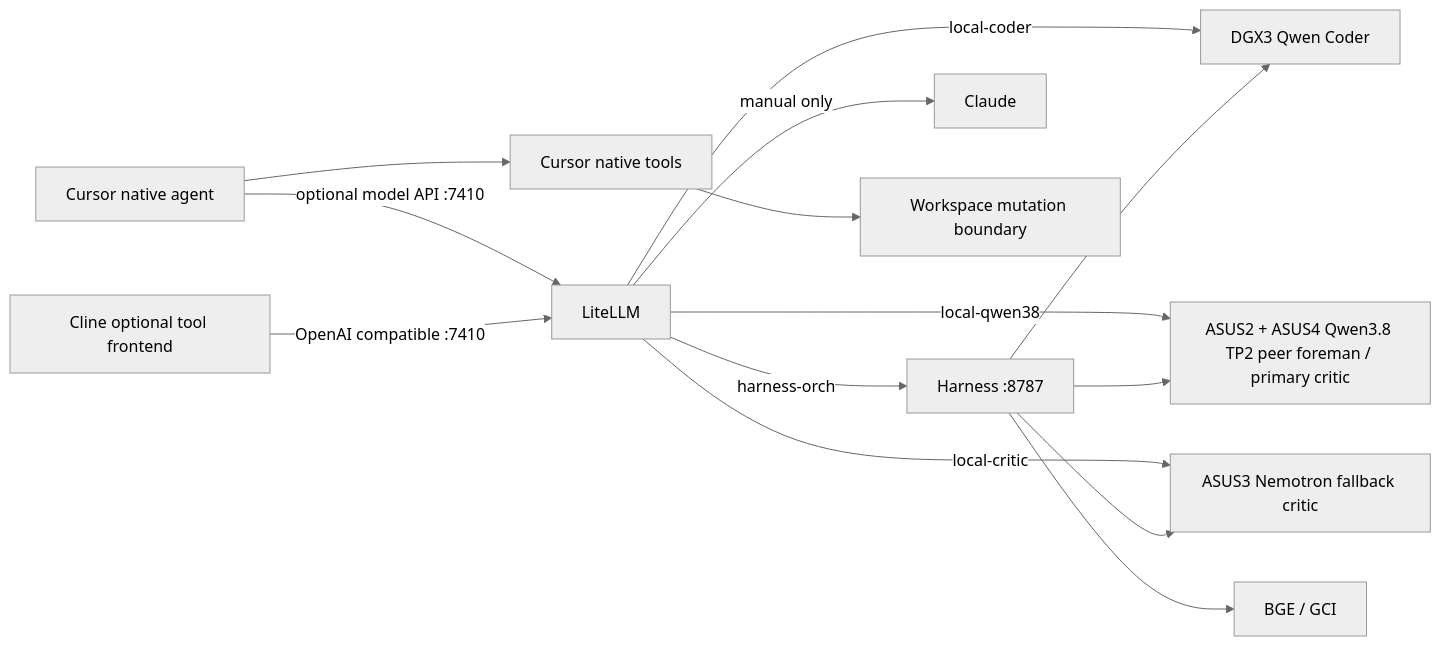
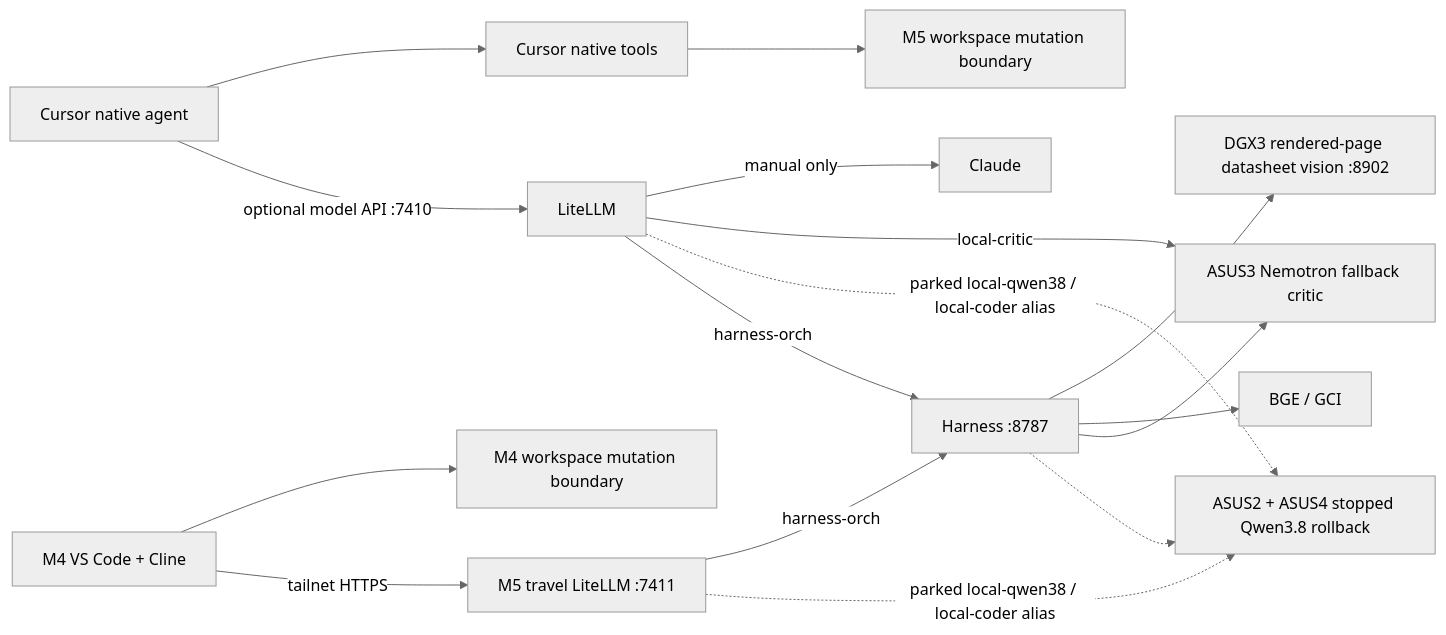
One commit to beargallbladder/outcitedharness changed the diagram in ARCHITECTURE.md. Above: the diagram before and after it, drawn with Mermaid (neutral theme). The commit also changed other lines of this file and 381 other files, not shown here.

````diff
--- a/ARCHITECTURE.md
+++ b/ARCHITECTURE.md
@@ -5,16 +5,18 @@
 ```mermaid
 flowchart LR
   Cursor["Cursor native agent"] -->|optional model API :7410| LiteLLM
   Cursor --> Native["Cursor native tools"]
-  Cline["Cline optional tool frontend"] -->|OpenAI compatible :7410| LiteLLM
-  LiteLLM -->|harness-orch| Harness["Harness :8787"]
-  LiteLLM -->|local-coder| Coder["DGX3 Qwen Coder"]
-  LiteLLM -->|local-qwen38| Foreman["ASUS2 + ASUS4 Qwen3.8 TP2 peer foreman / primary critic"]
+  Cline["M4 VS Code + Cline"] -->|tailnet HTTPS| Travel["M5 travel LiteLLM :7411"]
+  Travel -.->|parked local-qwen38 / local-coder alias| QwenPair
+  Travel -->|harness-orch| Harness["Harness :8787"]
+  LiteLLM -->|harness-orch| Harness
+  LiteLLM -.->|parked local-qwen38 / local-coder alias| QwenPair["ASUS2 + ASUS4 stopped Qwen3.8 rollback"]
   LiteLLM -->|local-critic| Critic["ASUS3 Nemotron fallback critic"]
   LiteLLM -->|manual only| Claude["Claude"]
-  Harness --> Coder
-  Harness --> Foreman
+  Harness -.-> QwenPair
   Harness --> Critic
   Harness --> Protected["BGE / GCI"]
-  Native --> Workspace["Workspace mutation boundary"]
+  Harness --> Vision["DGX3 rendered-page datasheet vision :8902"]
+  Native --> Workspace["M5 workspace mutation boundary"]
+  Cline --> TravelWorkspace["M4 workspace mutation boundary"]
 ```
````
